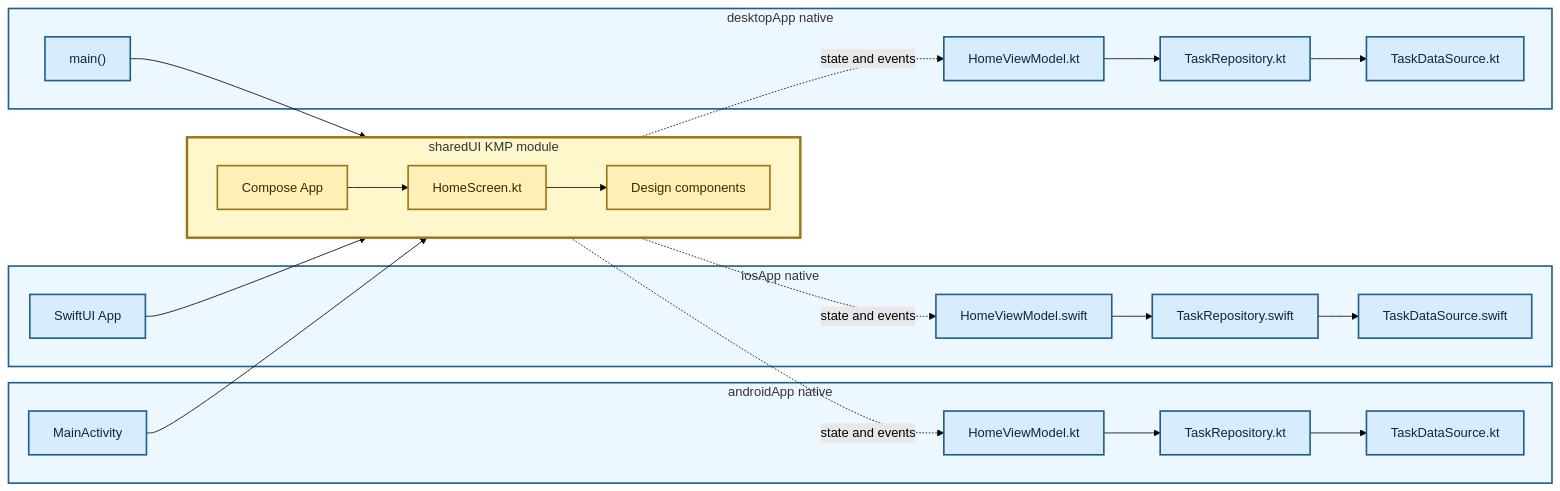
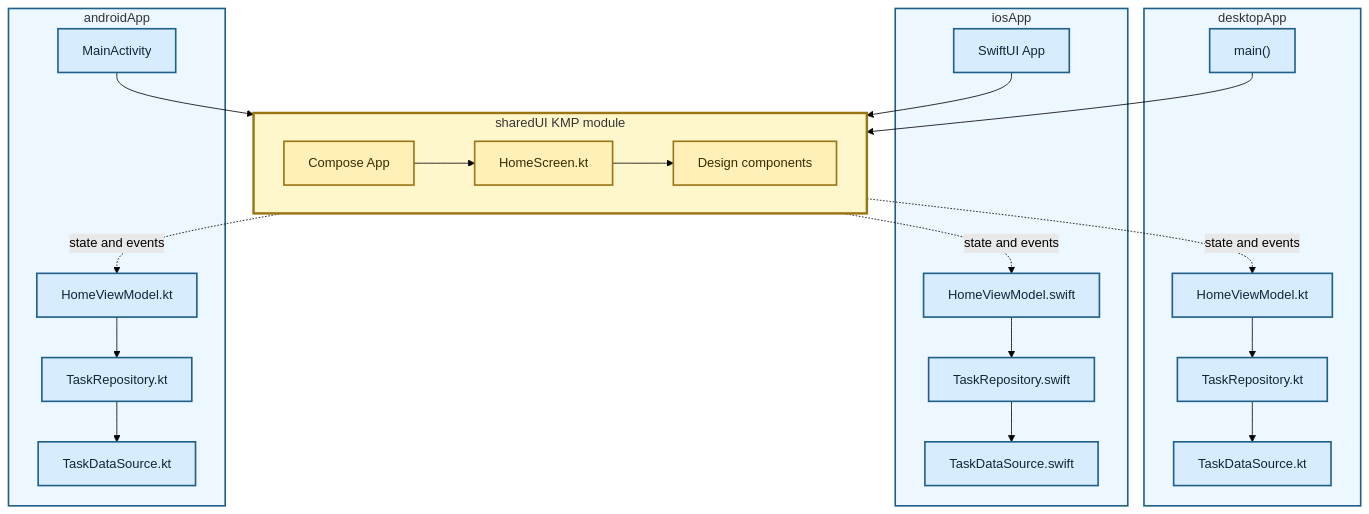
One commit to TheSetox/kmp-sample-diagrams changed the diagram in diagrams/07-kmp-ui-layer.md. Above: the diagram before and after it, drawn with Mermaid (forest theme). The commit also changed 19 other files, not shown here.

Commit message:
docs: align platform diagram boxes

````diff
--- a/diagrams/07-kmp-ui-layer.md
+++ b/diagrams/07-kmp-ui-layer.md
@@ -5,50 +5,50 @@
 ```mermaid
-flowchart LR
-  subgraph Android["androidApp native"]
-    AHost["MainActivity"]
-    AVM["HomeViewModel.kt"]
-    ARepository["TaskRepository.kt"]
-    ADataSource["TaskDataSource.kt"]
-    AVM --> ARepository --> ADataSource
+flowchart TB
+  subgraph Desktop["desktopApp"]
+    DHost["main()"]
+    DVM["HomeViewModel.kt"]
+    DRepository["TaskRepository.kt"]
+    DDataSource["TaskDataSource.kt"]
+    DVM --> DRepository --> DDataSource
   end
 
-  subgraph IOS["iosApp native"]
+  subgraph IOS["iosApp"]
     IHost["SwiftUI App"]
     IVM["HomeViewModel.swift"]
     IRepository["TaskRepository.swift"]
     IDataSource["TaskDataSource.swift"]
     IVM --> IRepository --> IDataSource
   end
 
-  subgraph Desktop["desktopApp native"]
-    DHost["main()"]
-    DVM["HomeViewModel.kt"]
-    DRepository["TaskRepository.kt"]
-    DDataSource["TaskDataSource.kt"]
-    DVM --> DRepository --> DDataSource
+  subgraph Android["androidApp"]
+    AHost["MainActivity"]
+    AVM["HomeViewModel.kt"]
+    ARepository["TaskRepository.kt"]
+    ADataSource["TaskDataSource.kt"]
+    AVM --> ARepository --> ADataSource
   end
 
   subgraph KMP["sharedUI KMP module"]
     direction LR
     App["Compose App"]
     Screen["HomeScreen.kt"]
     Components["Design components"]
     App --> Screen --> Components
   end
 
   AHost --> App
   IHost --> App
   DHost --> App
   Screen -. "state and events" .-> AVM
   Screen -. "state and events" .-> IVM
   Screen -. "state and events" .-> DVM
 
   classDef app fill:#d8ecff,stroke:#1f5f8b,color:#0f2738,stroke-width:2px;
   classDef kmp fill:#fff0b8,stroke:#9b7415,color:#3b2a00,stroke-width:2px;
   class AHost,AVM,ARepository,ADataSource,IHost,IVM,IRepository,IDataSource,DHost,DVM,DRepository,DDataSource app;
   class App,Screen,Components kmp;
   style Android fill:#edf7ff,stroke:#1f5f8b,stroke-width:2px
   style IOS fill:#edf7ff,stroke:#1f5f8b,stroke-width:2px
   style Desktop fill:#edf7ff,stroke:#1f5f8b,stroke-width:2px
   style KMP fill:#fff7cc,stroke:#9b7415,stroke-width:3px
 ```
````
